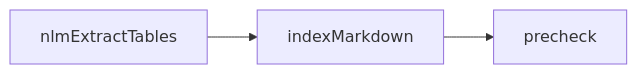
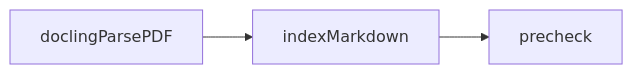
The second of 2 diagrams in doc/pipeline.md (Klimatbyran/garbo), drawn with Mermaid before and after one commit. The commit also changed other lines of this file, not shown here.

````diff
--- a/doc/pipeline.md
+++ b/doc/pipeline.md
@@ -179,5 +169,5 @@
 ```mermaid
 flowchart LR
-    B[nlmExtractTables] --> C[indexMarkdown]
+    B[doclingParsePDF] --> C[indexMarkdown]
     C --> D[precheck]
 ```
````
